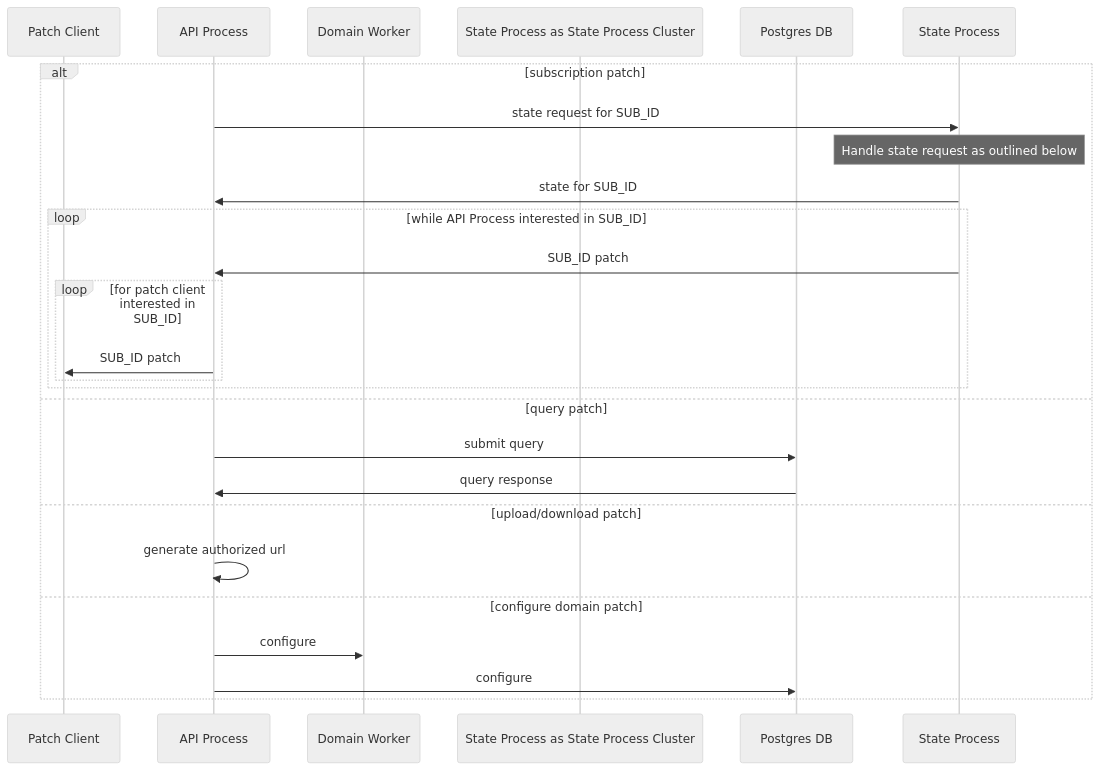
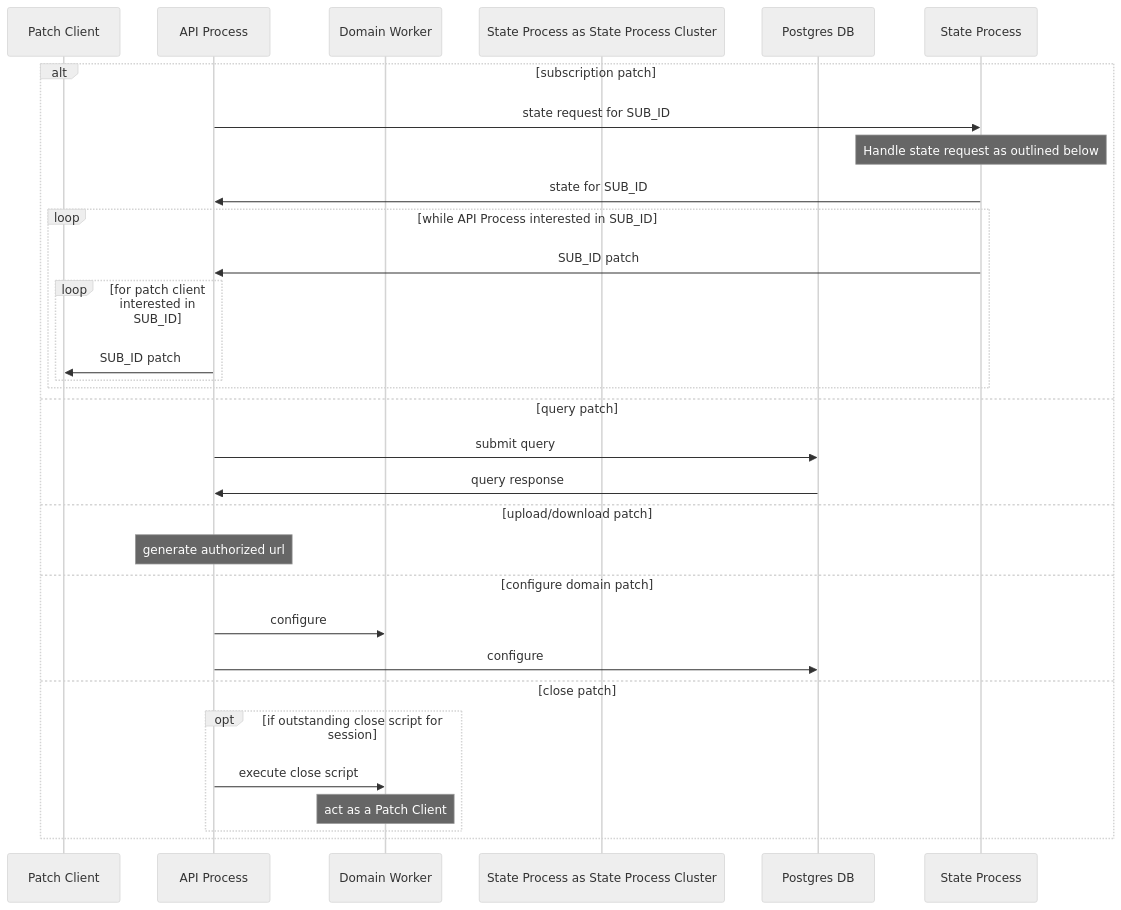
One commit to knowlearning/platform changed the second of 2 diagrams in README.md. Above: the diagram before and after it, drawn with Mermaid (neutral theme). The commit also changed other lines of this file, not shown here.

Commit message:
Add close script to spec

````diff
--- a/README.md
+++ b/README.md
@@ -68,28 +70,33 @@
 ```mermaid
 sequenceDiagram
   participant Patch Client
   participant API Process
   participant Domain Worker
   participant State Process as State Process Cluster
   participant Postgres DB
 
   alt subscription patch
     API Process ->> State Process: state request for SUB_ID
     Note over State Process: Handle state request as outlined below
     State Process ->> API Process: state for SUB_ID
     loop while API Process interested in SUB_ID
       State Process ->> API Process: SUB_ID patch
       loop for patch client interested in SUB_ID
         API Process ->> Patch Client: SUB_ID patch
       end
     end
   else query patch
     API Process ->> Postgres DB: submit query
     Postgres DB ->> API Process: query response
   else upload/download patch
-    API Process ->> API Process: generate authorized url
+    Note over API Process: generate authorized url
   else configure domain patch
     API Process ->> Domain Worker: configure
     API Process ->> Postgres DB: configure
+  else close patch
+    opt if outstanding close script for session
+      API Process ->> Domain Worker: execute close script
+      Note over Domain Worker: act as a Patch Client
+    end
   end
 ```
````
